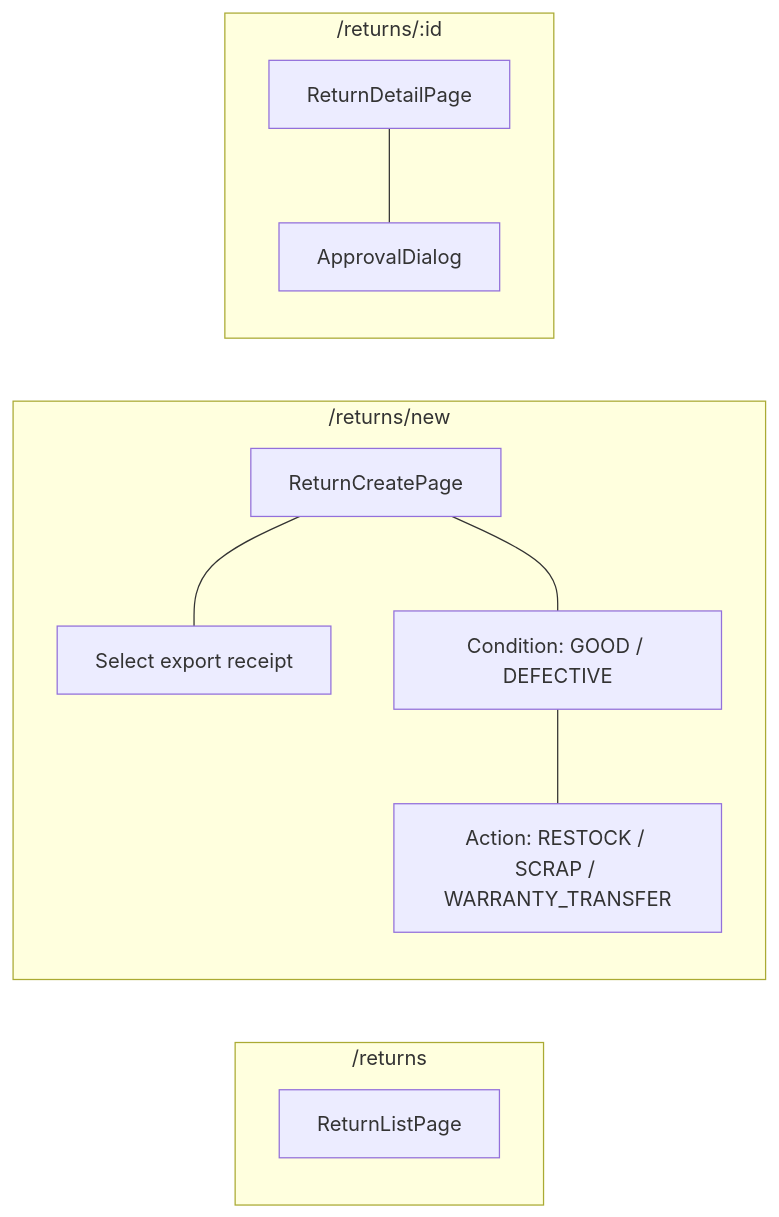
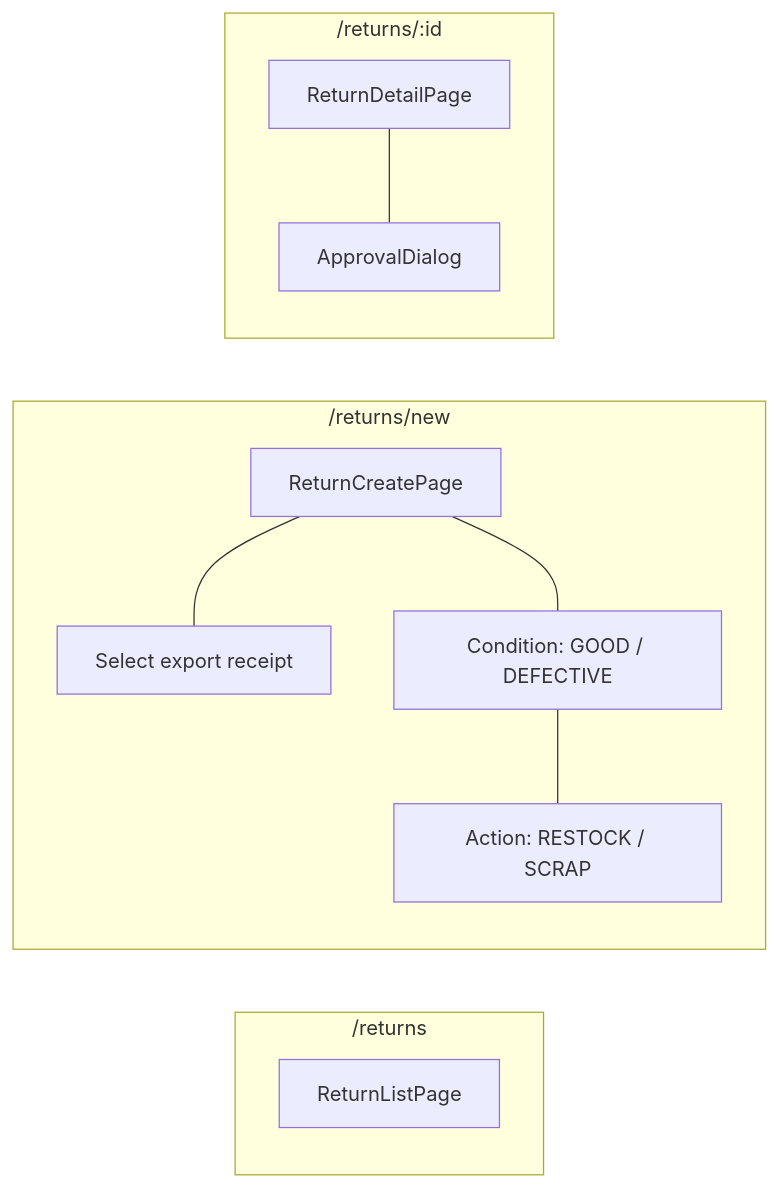
One commit to Java-Inventory-Management-System/Projects changed the third of 3 diagrams in docs/flows/return-flow.md. Above: the diagram before and after it, drawn with Mermaid. The commit also changed other lines of this file and 19 other files, not shown here.

First line of the commit message:
docs: remove warranty module, add export reject/fulfill/getUnits flow

````diff
--- a/docs/flows/return-flow.md
+++ b/docs/flows/return-flow.md
@@ -108,15 +105,15 @@
 ```mermaid
 flowchart LR
     subgraph "/returns"
         RL[ReturnListPage]
     end
     subgraph "/returns/new"
         RC[ReturnCreatePage]
         RC --- EXP[Select export receipt]
         RC --- COND[Condition: GOOD / DEFECTIVE]
-        COND --- ACT[Action: RESTOCK / SCRAP / WARRANTY_TRANSFER]
+        COND --- ACT[Action: RESTOCK / SCRAP]
     end
     subgraph "/returns/:id"
         RD[ReturnDetailPage] --- AP[ApprovalDialog]
     end
 ```
````
